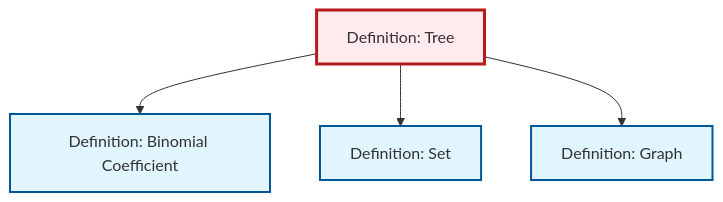
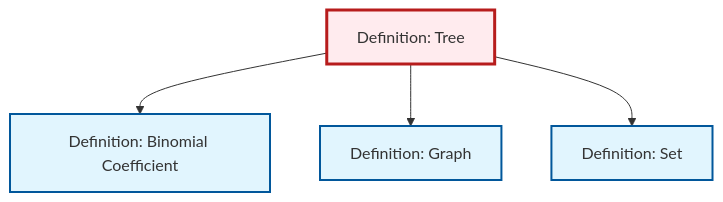
The diagram in content/en/combinatorics/def-tree.qmd (RK0429/ModernMath), drawn with Mermaid before and after one commit. The commit also changed other lines of this file and 1069 other files, not shown here.

````diff
--- a/content/en/combinatorics/def-tree.qmd
+++ b/content/en/combinatorics/def-tree.qmd
@@ -136,20 +136,20 @@
 ```{mermaid}
 %%| fig-cap: "Local dependency graph"
 graph TD
     classDef definition fill:#e1f5fe,stroke:#01579b,stroke-width:2px
     classDef theorem fill:#f3e5f5,stroke:#4a148c,stroke-width:2px
     classDef axiom fill:#fff3e0,stroke:#e65100,stroke-width:2px
     classDef example fill:#e8f5e9,stroke:#1b5e20,stroke-width:2px
     classDef current fill:#ffebee,stroke:#b71c1c,stroke-width:3px
+    def-graph["Definition: Graph"]:::definition
+    def-set["Definition: Set"]:::definition
     def-binomial-coefficient["Definition: Binomial Coefficient"]:::definition
-    def-graph["Definition: Graph"]:::definition
     def-tree["Definition: Tree"]:::definition
-    def-set["Definition: Set"]:::definition
     def-tree --> def-binomial-coefficient
+    def-tree --> def-graph
     def-tree --> def-set
-    def-tree --> def-graph
     class def-tree current
-    click def-binomial-coefficient "def-binomial-coefficient.html" "Go to Binomial Coefficient definition"
     click def-graph "def-graph.html" "Go to Graph definition"
     click def-set "def-set.html" "Go to Set definition"
+    click def-binomial-coefficient "def-binomial-coefficient.html" "Go to Binomial Coefficient definition"
 ```
````
